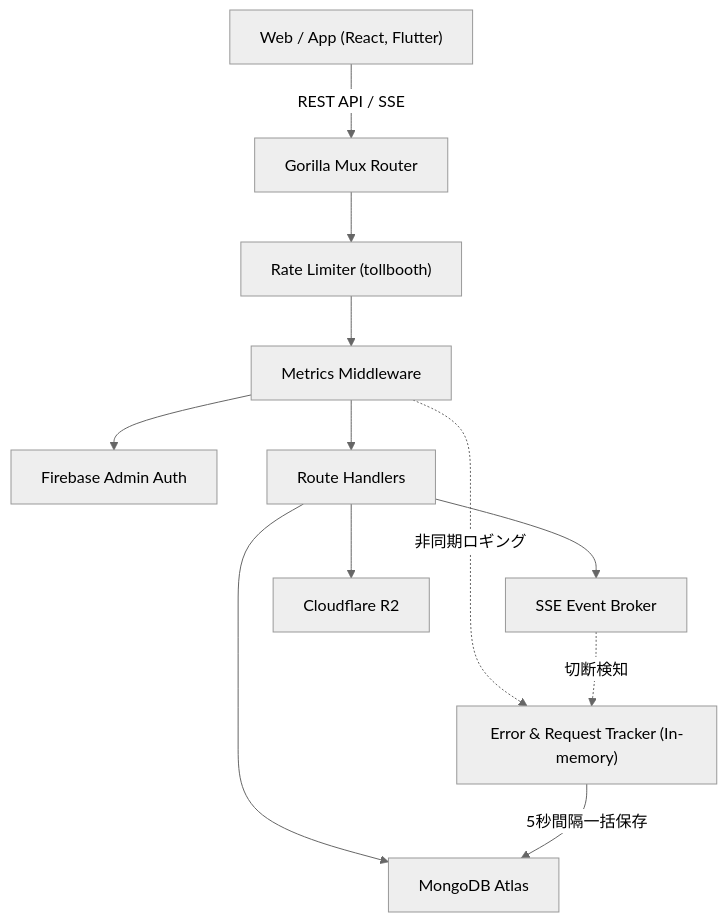
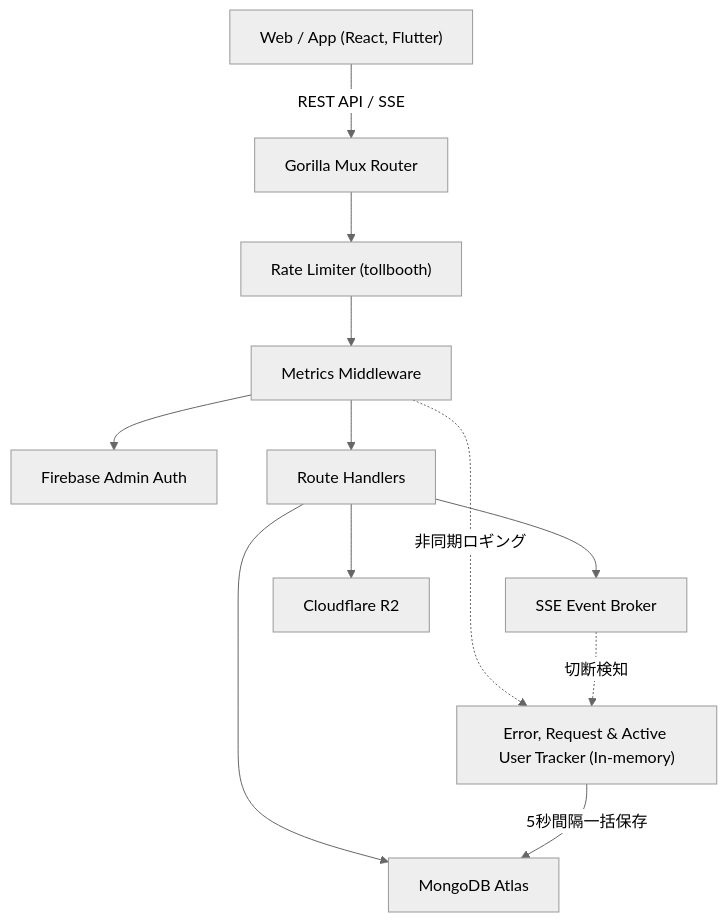
The diagram in README.md (Espi8624/yoyaku_mate_server), drawn with Mermaid (neutral theme) before and after one commit. The commit also changed other lines of this file and 10 other files, not shown here.

````diff
--- a/README.md
+++ b/README.md
@@ -65,15 +65,15 @@
 ```mermaid
 graph TD
     Client["Web / App (React, Flutter)"] -->|"REST API / SSE"| Router["Gorilla Mux Router"]
     Router --> Middleware["Rate Limiter (tollbooth)"]
     Middleware --> Metrics["Metrics Middleware"]
     Metrics --> Auth["Firebase Admin Auth"]
     Metrics --> Handlers["Route Handlers"]
     Handlers --> Broker["SSE Event Broker"]
     Handlers --> DB["MongoDB Atlas"]
     Handlers --> Storage["Cloudflare R2"]
     
-    Metrics -.->|非同期ロギング| Tracker["Error & Request Tracker (In-memory)"]
+    Metrics -.->|非同期ロギング| Tracker["Error, Request & Active User Tracker (In-memory)"]
     Broker -.->|切断検知| Tracker
     Tracker -->|5秒間隔一括保存| DB
 ```
````
